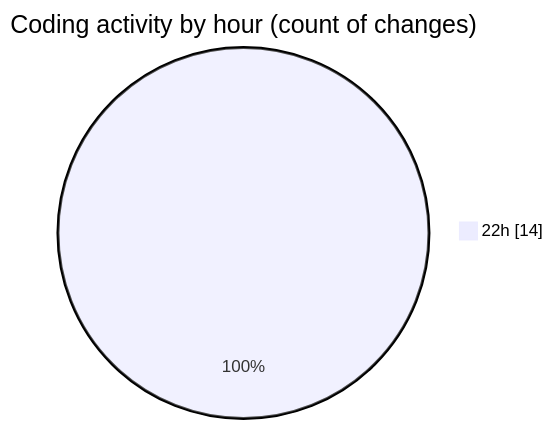
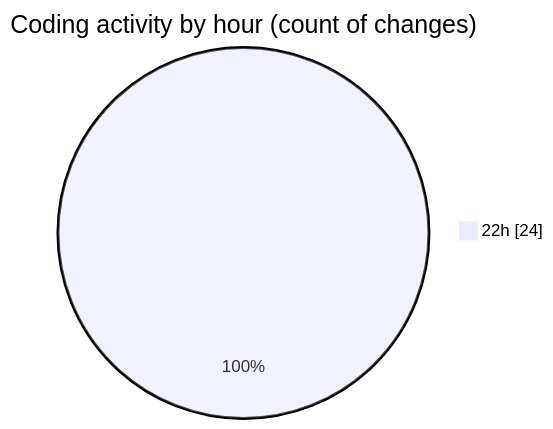
Before and after one commit to Netris89/code-tracking: the second of 2 diagrams in 2025-04-19/parse/README.md, drawn with Mermaid. The commit also changed other lines of this file and 1 other file, not shown here.

````diff
--- a/2025-04-19/parse/README.md
+++ b/2025-04-19/parse/README.md
@@ -28,5 +32,5 @@
 ```mermaid
 pie showData
 title Coding activity by hour (count of changes)
-"22h" : 14
+"22h" : 24
 ```
````
